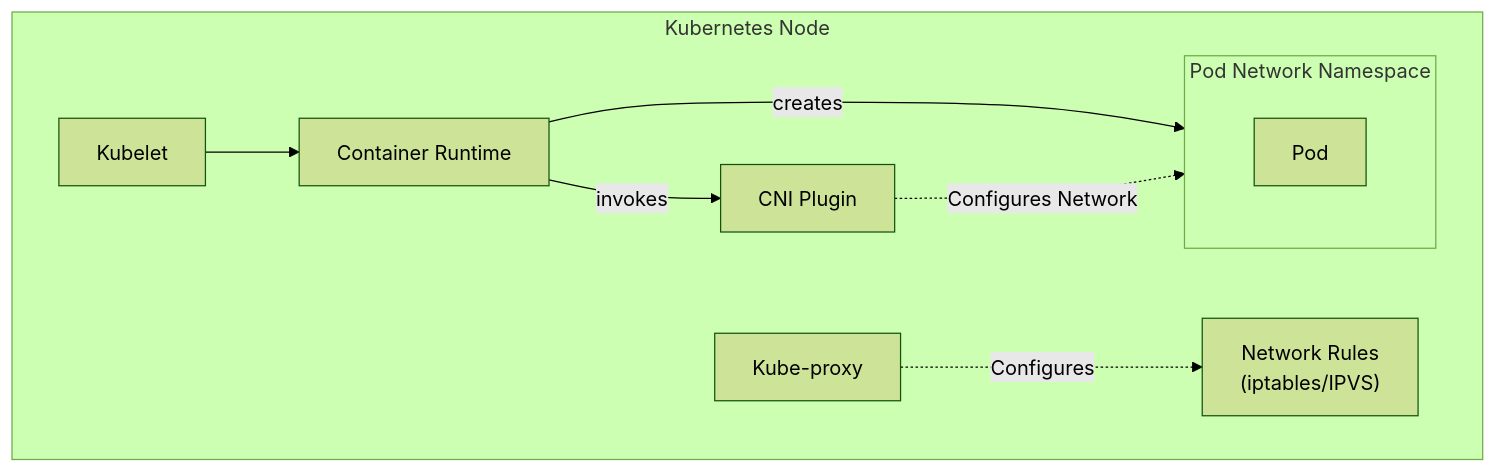
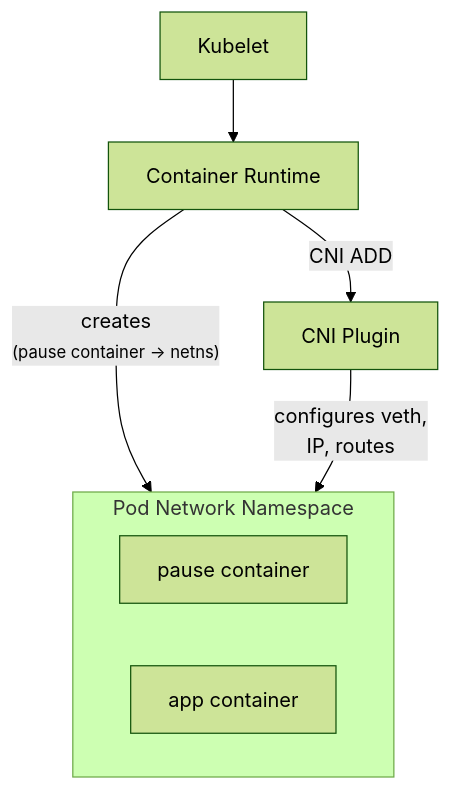
One commit to SRodi/srodi.github.io changed the third of 12 diagrams in _posts/2025-03-17-kubecon.md. Above: the diagram before and after it, drawn with Mermaid (forest theme). The commit also changed other lines of this file, not shown here.

Commit message:
kubecon diagrams

````diff
--- a/_posts/2025-03-17-kubecon.md
+++ b/_posts/2025-03-17-kubecon.md
@@ -43,19 +43,14 @@
 ```mermaid
 graph TD
-    subgraph Node ["Kubernetes Node"]
-        Kubelet[Kubelet]
-        Proxy[Kube-proxy]
-        CNI[CNI Plugin]
-        Runtime[Container Runtime]
-        subgraph PodNS ["Pod Network Namespace"]
-            Pod[Pod]
-        end
-        Rules["Network Rules<br>(iptables/IPVS)"]
+    Kubelet[Kubelet]
+    CNI[CNI Plugin]
+    Runtime[Container Runtime]
+    subgraph PodNS ["Pod Network Namespace"]
+        Pause[pause container]
+        App[app container]
     end
-
     Kubelet --> Runtime
-    Runtime -->|invokes| CNI
-    Runtime -->|creates| PodNS
-    CNI -.->|Configures Network| PodNS
-    Proxy -.->|Configures| Rules
+    Runtime -->|CNI ADD| CNI
+    Runtime -->|"creates<br><small>(pause container -> netns)"| PodNS
+    CNI -->|configures veth,<br>IP, routes| PodNS
 ```
````
